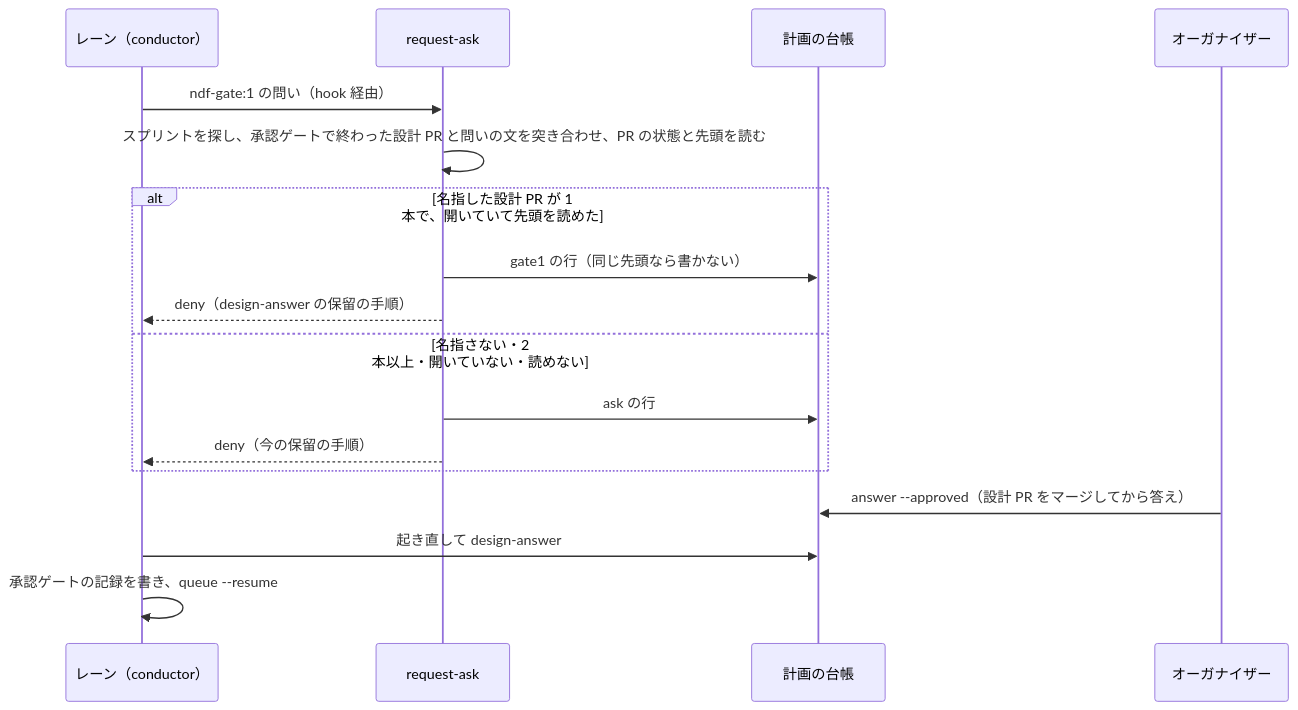
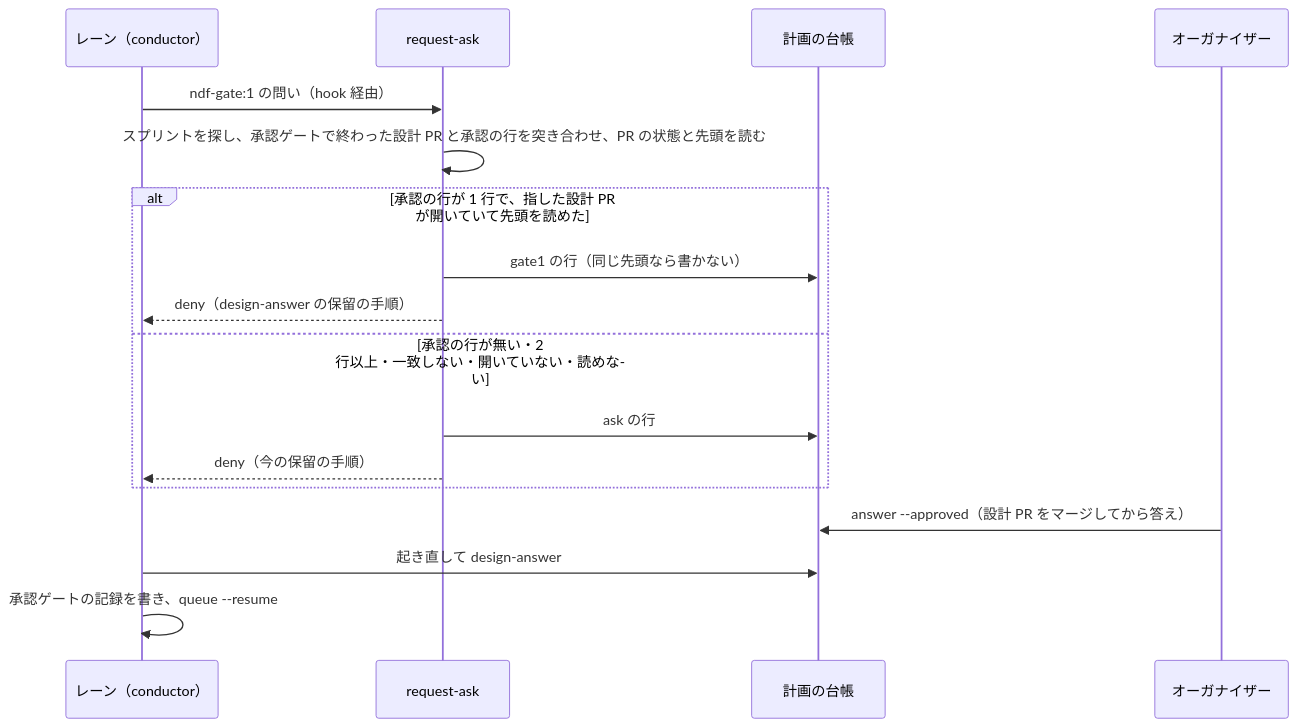
The third of 4 diagrams in issues/issue-3603-design.md (devbasex/ai-plugins), drawn with Mermaid before and after one commit. The commit also changed other lines of this file and 4 other files, not shown here.

````diff
--- a/issues/issue-3603-design.md
+++ b/issues/issue-3603-design.md
@@ -283,19 +298,19 @@
 ```mermaid
 sequenceDiagram
     participant C as レーン（conductor）
     participant R as request-ask
     participant L as 計画の台帳
     participant O as オーガナイザー
     C->>R: ndf-gate:1 の問い（hook 経由）
-    R->>R: スプリントを探し、承認ゲートで終わった設計 PR と問いの文を突き合わせ、PR の状態と先頭を読む
-    alt 名指した設計 PR が 1 本で、開いていて先頭を読めた
+    R->>R: スプリントを探し、承認ゲートで終わった設計 PR と承認の行を突き合わせ、PR の状態と先頭を読む
+    alt 承認の行が 1 行で、指した設計 PR が開いていて先頭を読めた
         R->>L: gate1 の行（同じ先頭なら書かない）
         R-->>C: deny（design-answer の保留の手順）
-    else 名指さない・2 本以上・開いていない・読めない
+    else 承認の行が無い・2 行以上・一致しない・開いていない・読めない
         R->>L: ask の行
         R-->>C: deny（今の保留の手順）
     end
     O->>L: answer --approved（設計 PR をマージしてから答え）
     C->>L: 起き直して design-answer
     C->>C: 承認ゲートの記録を書き、queue --resume
 ```
````
